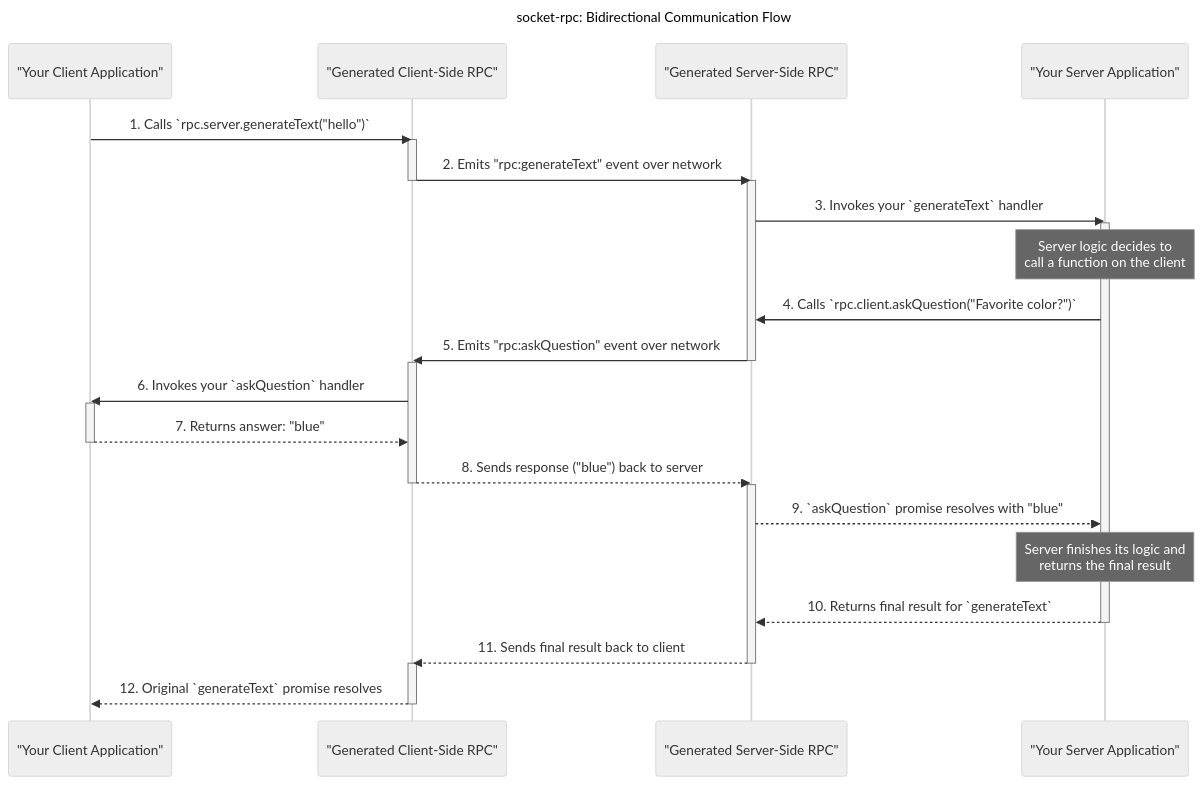
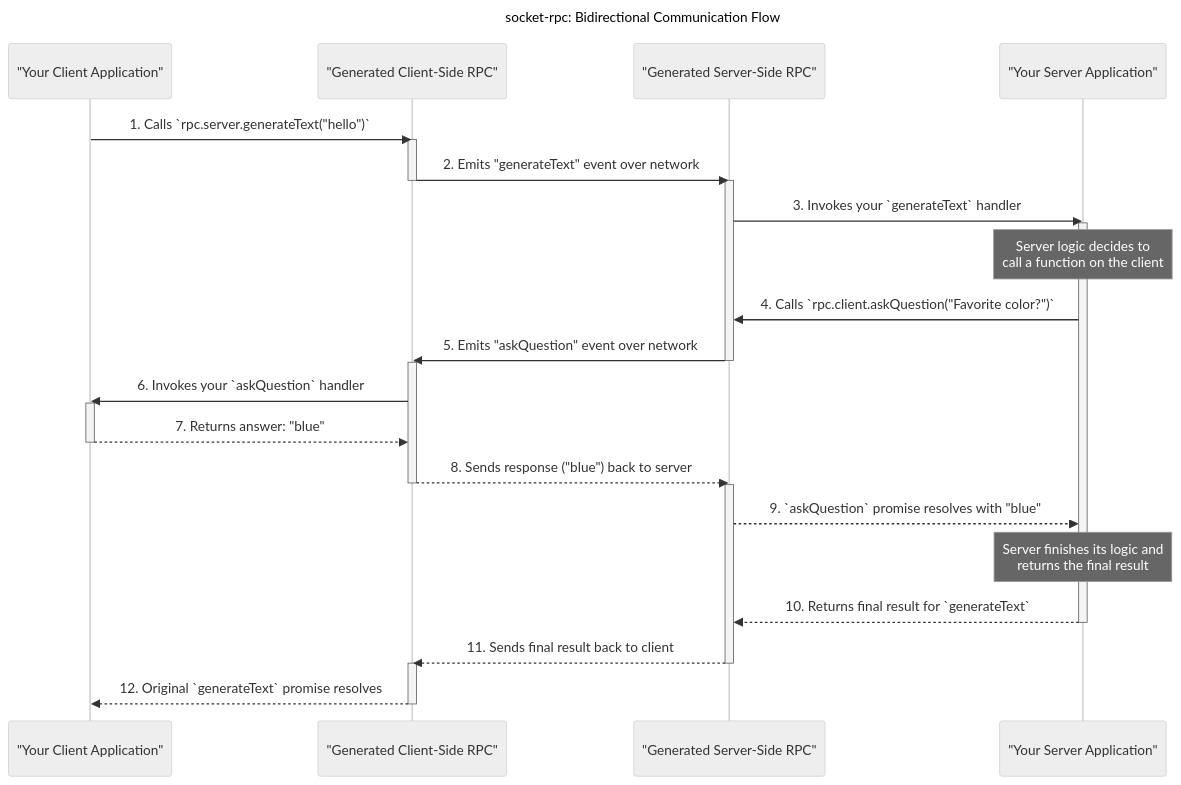
Before and after one commit to nguyenvanduocit/socketrpc-gen: the diagram in README.md, drawn with Mermaid (neutral theme). The commit also changed other lines of this file and 13 other files, not shown here.

````diff
--- a/README.md
+++ b/README.md
@@ -94,47 +95,47 @@
 ```mermaid
 sequenceDiagram
     participant ClientApp as "Your Client Application"
     participant GenClient as "Generated Client-Side RPC"
     participant GenServer as "Generated Server-Side RPC"
     participant ServerApp as "Your Server Application"
 
     title socket-rpc: Bidirectional Communication Flow
 
     ClientApp->>GenClient: 1. Calls `rpc.server.generateText("hello")`
     activate GenClient
-    GenClient->>GenServer: 2. Emits "rpc:generateText" event over network
+    GenClient->>GenServer: 2. Emits "generateText" event over network
     deactivate GenClient
 
     activate GenServer
     GenServer->>ServerApp: 3. Invokes your `generateText` handler
     activate ServerApp
 
     Note over ServerApp: Server logic decides to<br/>call a function on the client
 
     ServerApp->>GenServer: 4. Calls `rpc.client.askQuestion("Favorite color?")`
-    GenServer->>GenClient: 5. Emits "rpc:askQuestion" event over network
+    GenServer->>GenClient: 5. Emits "askQuestion" event over network
     deactivate GenServer
 
     activate GenClient
     GenClient->>ClientApp: 6. Invokes your `askQuestion` handler
     activate ClientApp
     ClientApp-->>GenClient: 7. Returns answer: "blue"
     deactivate ClientApp
 
     GenClient-->>GenServer: 8. Sends response ("blue") back to server
     deactivate GenClient
 
     activate GenServer
     GenServer-->>ServerApp: 9. `askQuestion` promise resolves with "blue"
 
     Note over ServerApp: Server finishes its logic and<br/>returns the final result
 
     ServerApp-->>GenServer: 10. Returns final result for `generateText`
     deactivate ServerApp
     GenServer-->>GenClient: 11. Sends final result back to client
     deactivate GenServer
 
     activate GenClient
     GenClient-->>ClientApp: 12. Original `generateText` promise resolves
     deactivate GenClient
 ```
````
